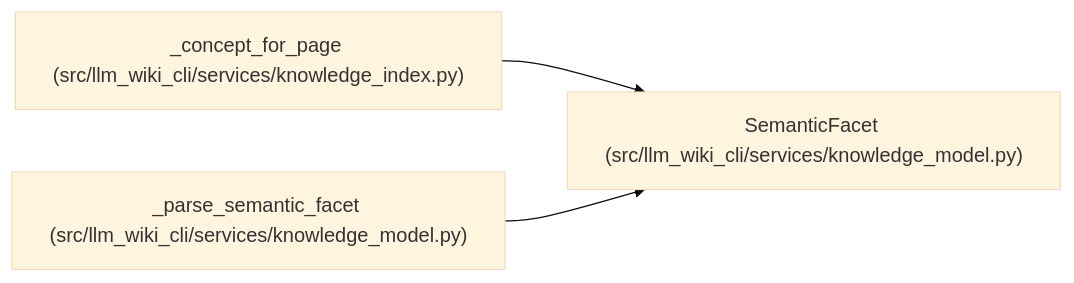
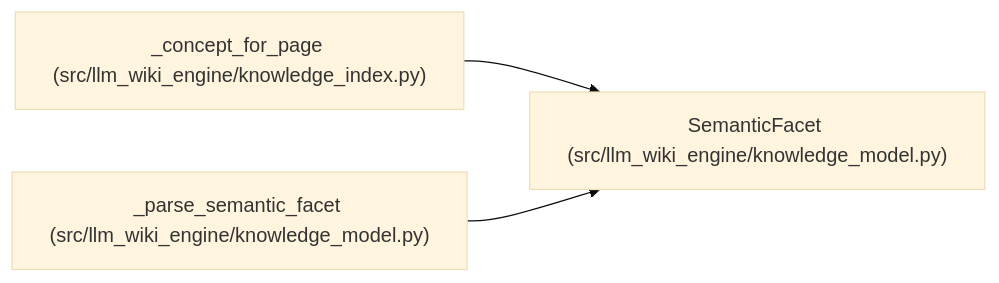
The diagram in docs/llm_wiki/entities/SemanticFacet.md (Denissvgn/python-wiki-llm), drawn with Mermaid (base theme) before and after one commit. The commit also changed other lines of this file and 1058 other files, not shown here.

First line of the commit message:
docs: refresh the wiki for the knowledge store move

````diff
--- a/docs/llm_wiki/entities/SemanticFacet.md
+++ b/docs/llm_wiki/entities/SemanticFacet.md
@@ -31,11 +31,11 @@
 ```mermaid
 flowchart LR
-    n0["SemanticFacet (src/llm_wiki_cli/services/knowledge_model.py)"]
-    n1["_concept_for_page (src/llm_wiki_cli/services/knowledge_index.py)"]
-    n2["_parse_semantic_facet (src/llm_wiki_cli/services/knowledge_model.py)"]
+    n0["SemanticFacet (src/llm_wiki_engine/knowledge_model.py)"]
+    n1["_concept_for_page (src/llm_wiki_engine/knowledge_index.py)"]
+    n2["_parse_semantic_facet (src/llm_wiki_engine/knowledge_model.py)"]
     n1 --> n0
     n2 --> n0
     click n0 "../modules/knowledge_model.md"
     click n1 "../modules/knowledge_index.md"
     click n2 "../modules/knowledge_model.md"
 ```
````
